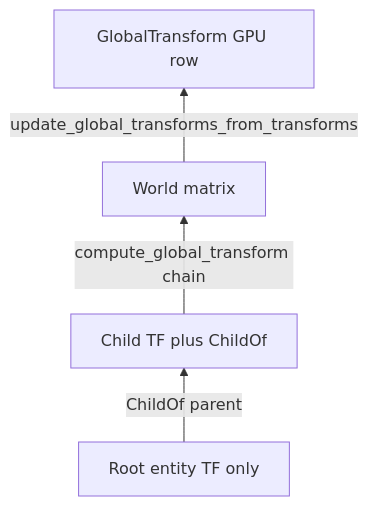
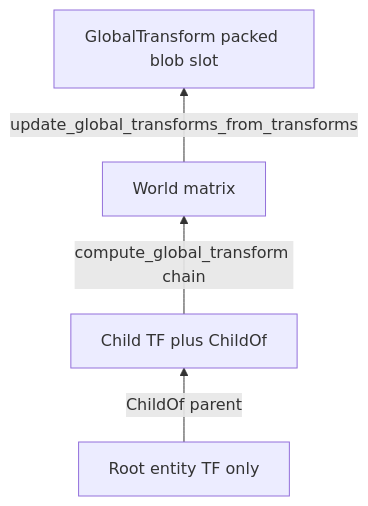
The sixth of 6 diagrams in docs/ecs.md (emadurandal/RhodoniteMBT), drawn with Mermaid before and after one commit. The commit also changed other lines of this file and 31 other files, not shown here.

First line of the commit message:
Refactor GlobalTransform handling in ECS to use packed blob storage

````diff
--- a/docs/ecs.md
+++ b/docs/ecs.md
@@ -387,8 +385,8 @@
 ```mermaid
 flowchart BT
   root[Root entity TF only]
   child[Child TF plus ChildOf]
   root -->|"ChildOf parent"| child
   child -->|"compute_global_transform chain"| worldM[World matrix]
-  worldM -->|"update_global_transforms_from_transforms"| gtGpu[GlobalTransform GPU row]
+  worldM -->|"update_global_transforms_from_transforms"| gtBlob[GlobalTransform packed blob slot]
 ```
````
